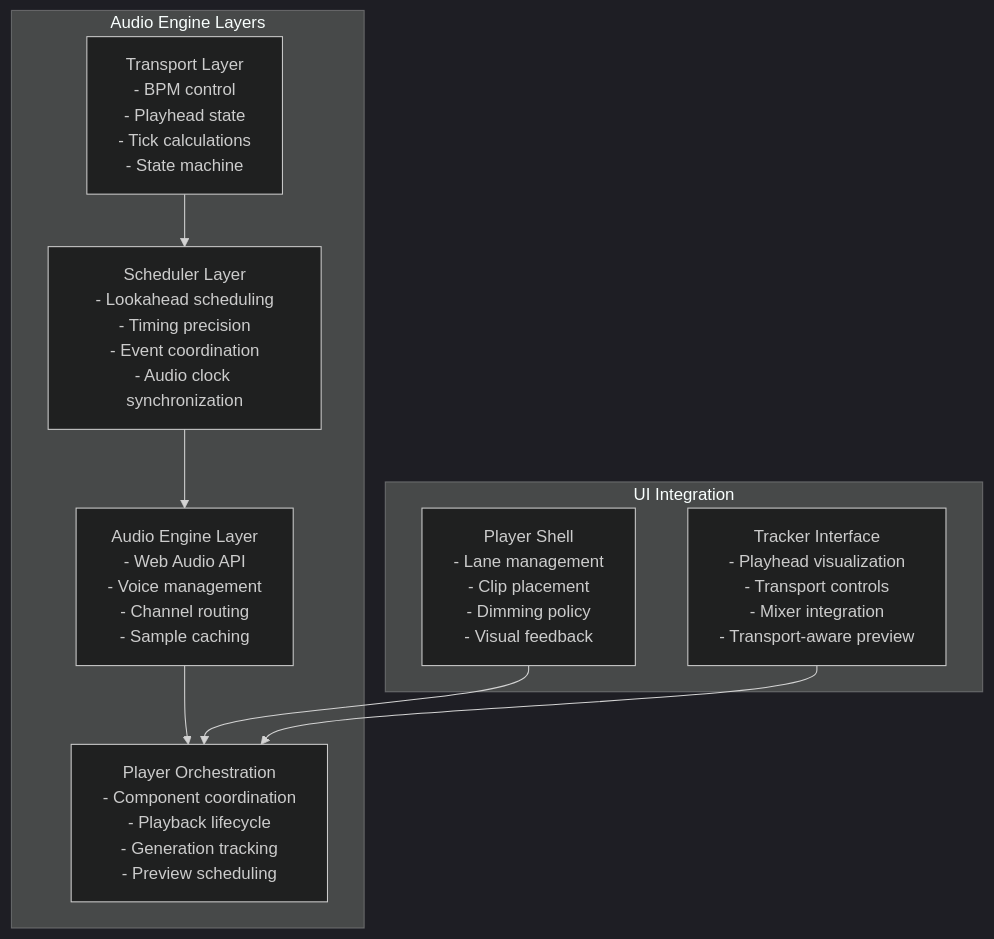
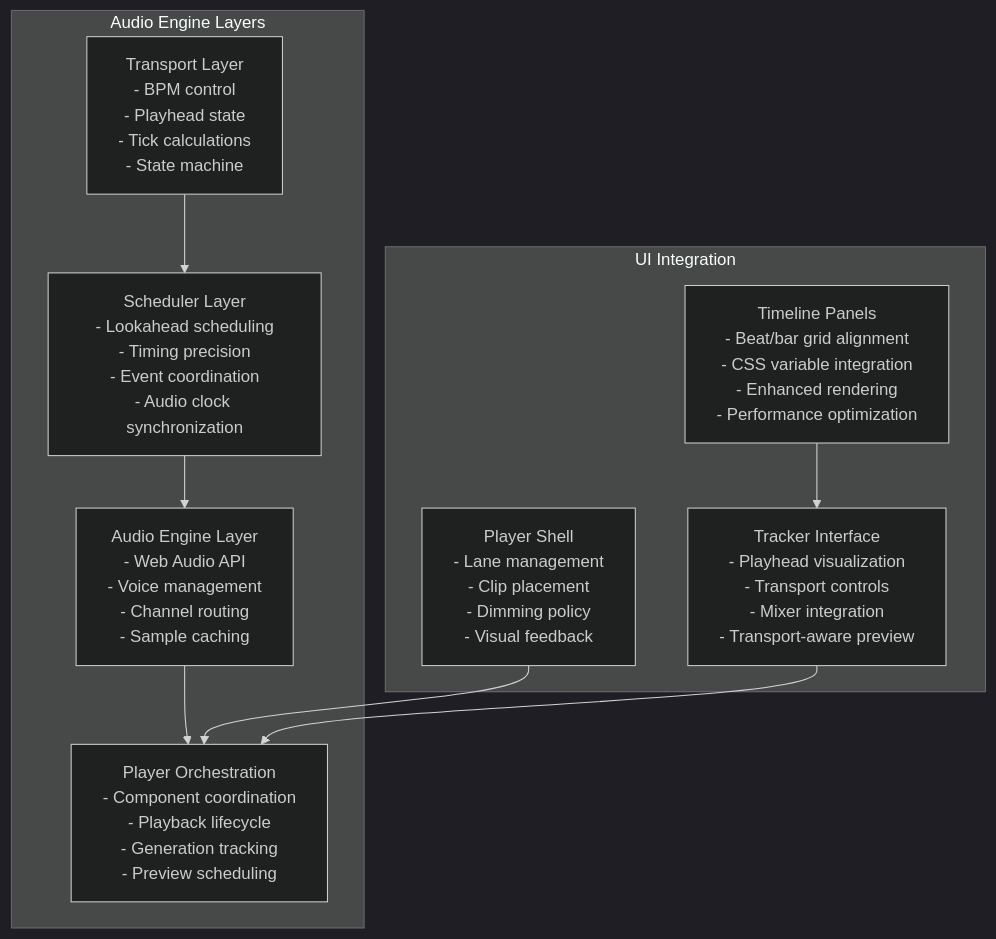
Before and after one commit to satyrlord/mixjam-electron: the first of 12 diagrams in .qoder/repowiki/en/content/Audio Engine/Audio Engine.md, drawn with Mermaid (dark theme). The commit also changed other lines of this file and 8 other files, not shown here.

````diff
--- a/.qoder/repowiki/en/content/Audio Engine/Audio Engine.md
+++ b/.qoder/repowiki/en/content/Audio Engine/Audio Engine.md
@@ -59,18 +66,20 @@
 ```mermaid
 graph TB
 subgraph "Audio Engine Layers"
 A["Transport Layer<br/>- BPM control<br/>- Playhead state<br/>- Tick calculations<br/>- State machine"]
 B["Scheduler Layer<br/>- Lookahead scheduling<br/>- Timing precision<br/>- Event coordination<br/>- Audio clock synchronization"]
 C["Audio Engine Layer<br/>- Web Audio API<br/>- Voice management<br/>- Channel routing<br/>- Sample caching"]
 D["Player Orchestration<br/>- Component coordination<br/>- Playback lifecycle<br/>- Generation tracking<br/>- Preview scheduling"]
 end
 subgraph "UI Integration"
 E["Player Shell<br/>- Lane management<br/>- Clip placement<br/>- Dimming policy<br/>- Visual feedback"]
 F["Tracker Interface<br/>- Playhead visualization<br/>- Transport controls<br/>- Mixer integration<br/>- Transport-aware preview"]
+G["Timeline Panels<br/>- Beat/bar grid alignment<br/>- CSS variable integration<br/>- Enhanced rendering<br/>- Performance optimization"]
 end
 A --> B
 B --> C
 C --> D
 E --> D
 F --> D
+G --> F
 ```
````
